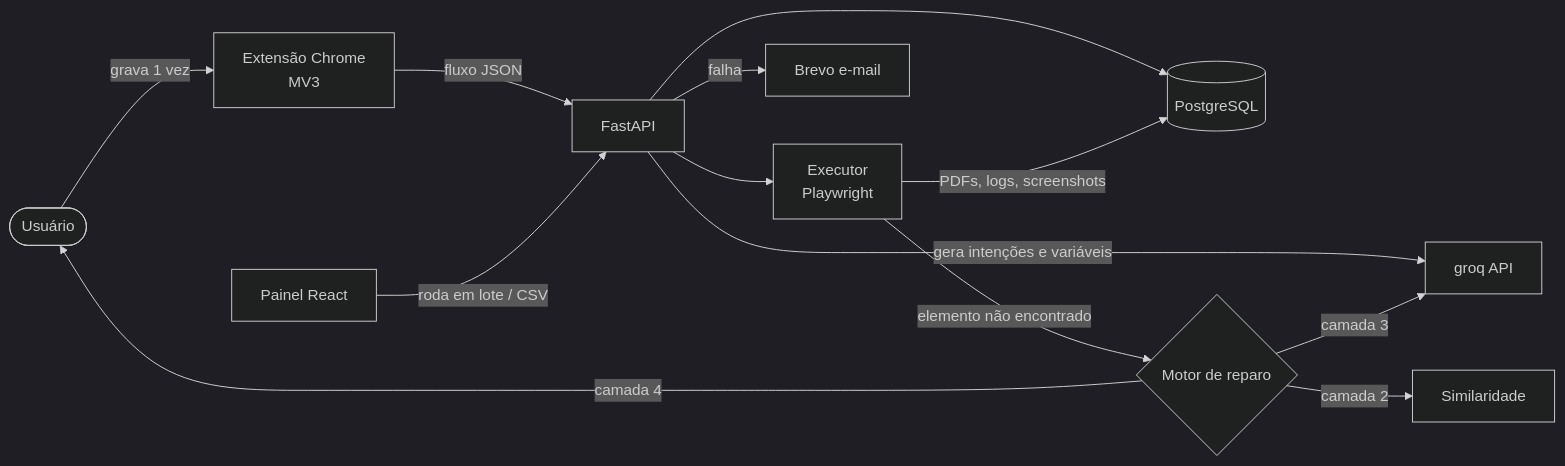
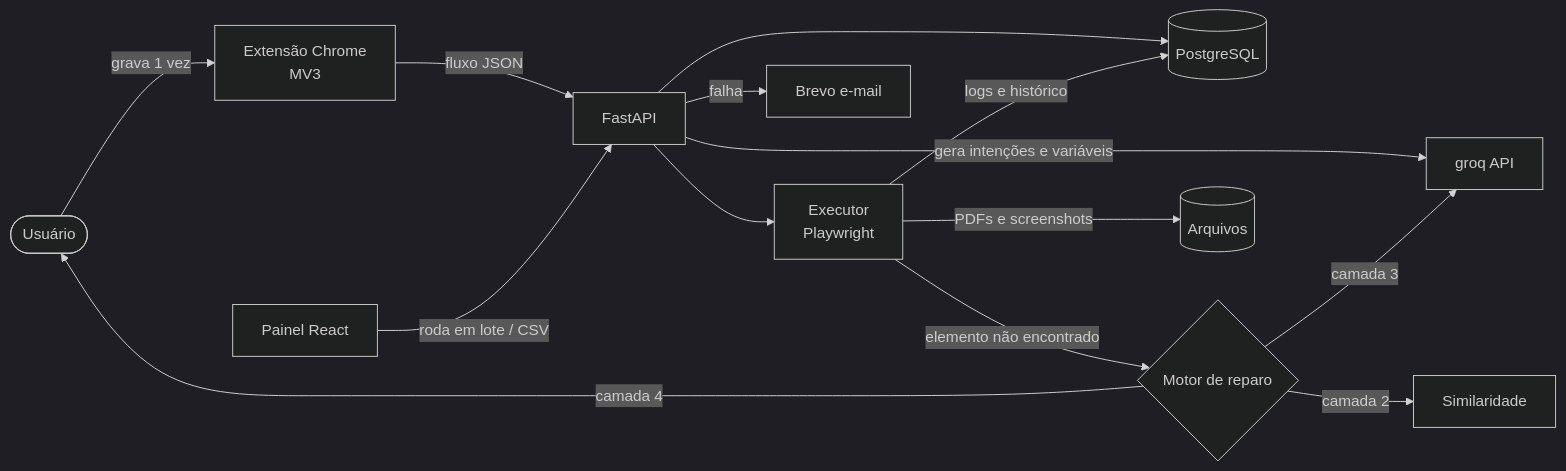
One commit to iarleymarques55-design/Ditto changed the diagram in README.md. Above: the diagram before and after it, drawn with Mermaid (dark theme). The commit also changed other lines of this file and 232 other files, not shown here.

````diff
--- a/README.md
+++ b/README.md
@@ -123,15 +149,16 @@
 ```mermaid
 flowchart LR
     U([Usuário]) -->|grava 1 vez| EXT[Extensão Chrome<br/>MV3]
     EXT -->|fluxo JSON| API[FastAPI]
     API --> DB[(PostgreSQL)]
     API -->|gera intenções e variáveis| LLM[groq API]
     PAINEL[Painel React] -->|roda em lote / CSV| API
     API --> EXEC[Executor<br/>Playwright]
     EXEC -->|elemento não encontrado| REP{Motor de reparo}
     REP -->|camada 2| SIM[Similaridade]
     REP -->|camada 3| LLM
     REP -->|camada 4| U
-    EXEC -->|PDFs, logs, screenshots| DB
+    EXEC -->|logs e histórico| DB
+    EXEC -->|PDFs e screenshots| STORE[(Arquivos)]
     API -->|falha| MAIL[Brevo e-mail]
 ```
````
